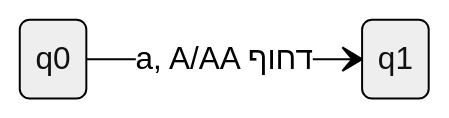
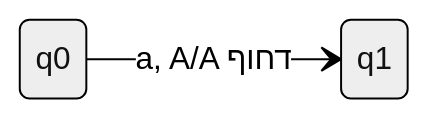
Before and after one commit to 3strategy/BeautifulMivney: the fifth of 6 diagrams in modelim/disambiguation2.md, drawn with Mermaid (neutral theme). The commit also changed other lines of this file and 1 other file, not shown here.

````diff
--- a/modelim/disambiguation2.md
+++ b/modelim/disambiguation2.md
@@ -165,9 +171,9 @@
 ```mermaid
 stateDiagram-v2
     direction LR
 
     state "q0" as q0
     state "q1" as q1
 
-    q0 --> q1 : a, A/AA דחוף
+    q0 --> q1 : a, A/A דחוף
 ```
````
